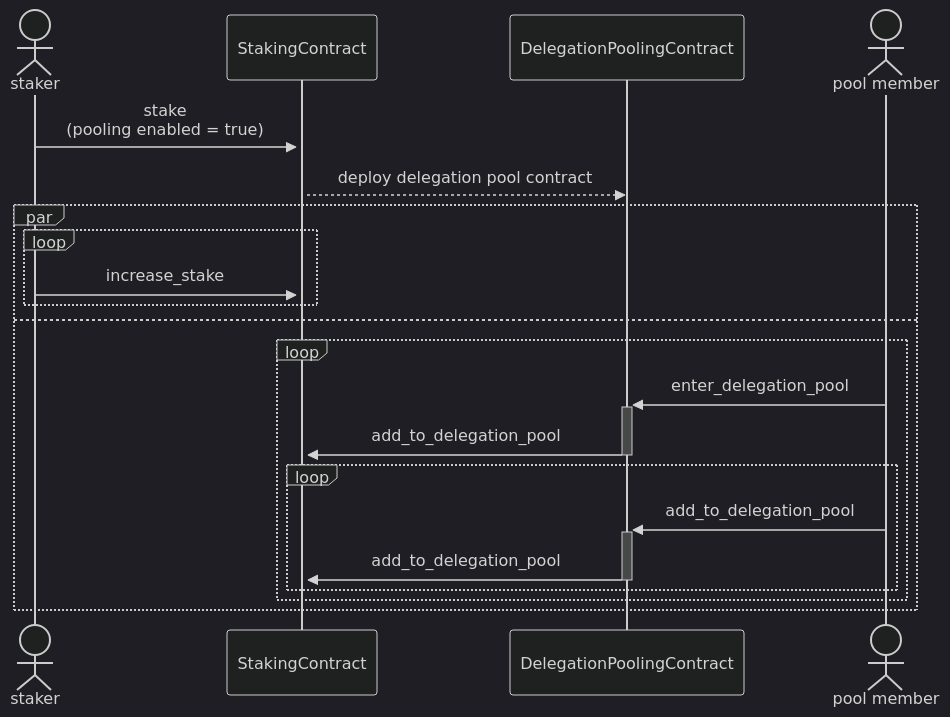
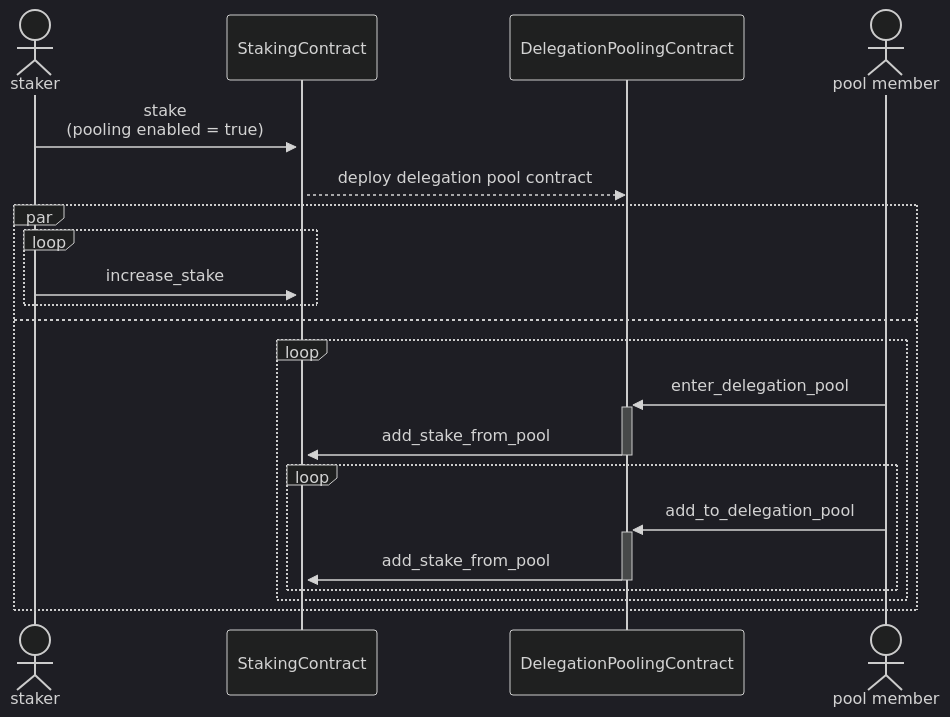
One commit to starkware-libs/starknet-staking changed the second of 5 diagrams in workspace/apps/staking/docs/spec.md. Above: the diagram before and after it, drawn with Mermaid (dark theme). The commit also changed other lines of this file and 4 other files, not shown here.

Commit message:
fix(staking): rename add_stake_from_pool (#1583)

````diff
--- a/workspace/apps/staking/docs/spec.md
+++ b/workspace/apps/staking/docs/spec.md
@@ -133,23 +133,23 @@
 ```mermaid
 sequenceDiagram
   actor staker
   participant StakingContract
   participant DelegationPoolingContract
   actor pool member
   staker ->>+ StakingContract: stake<br/>(pooling enabled = true)
   StakingContract -->> DelegationPoolingContract: deploy delegation pool contract
   par
     loop
       staker ->> StakingContract: increase_stake
     end
   and
     loop
       pool member ->>+ DelegationPoolingContract: enter_delegation_pool
-      DelegationPoolingContract ->>- StakingContract: add_to_delegation_pool
+      DelegationPoolingContract ->>- StakingContract: add_stake_from_pool
       loop
         pool member ->>+ DelegationPoolingContract: add_to_delegation_pool
-        DelegationPoolingContract ->>- StakingContract: add_to_delegation_pool
+        DelegationPoolingContract ->>- StakingContract: add_stake_from_pool
       end
     end
   end
 ```
````
